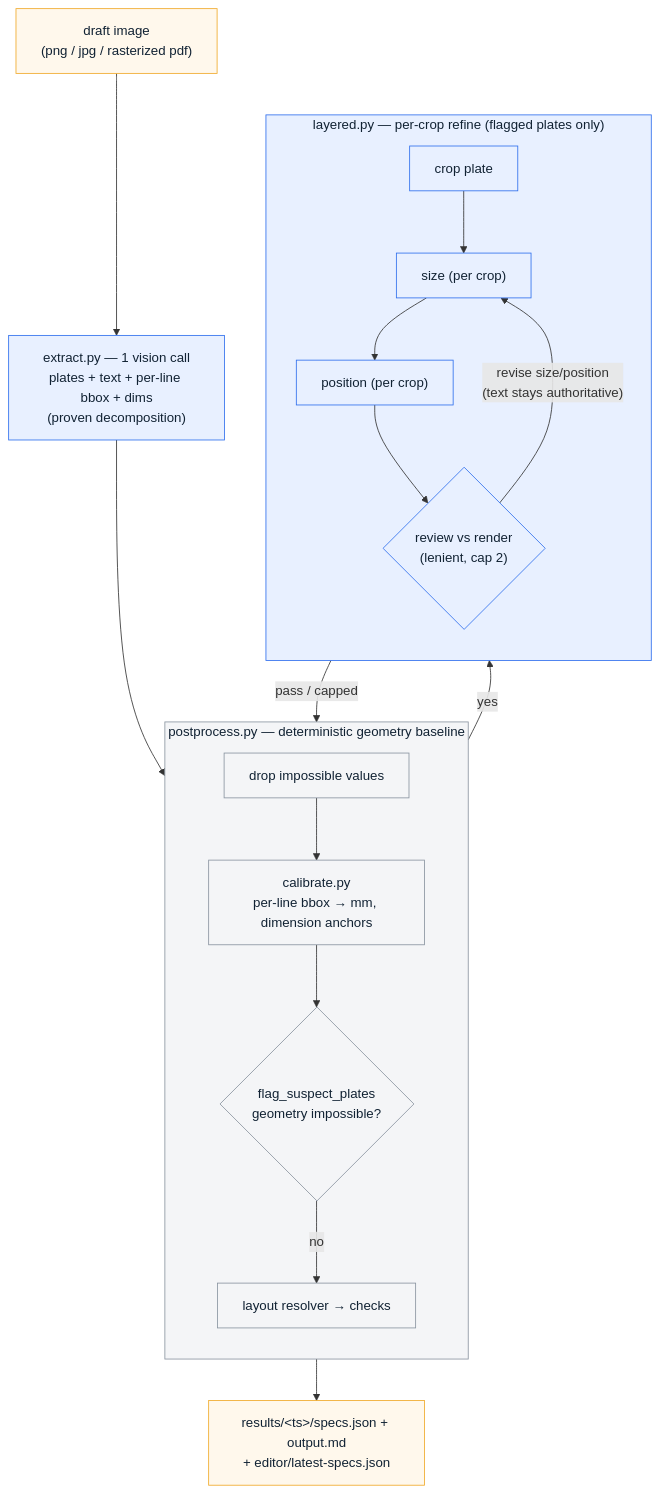
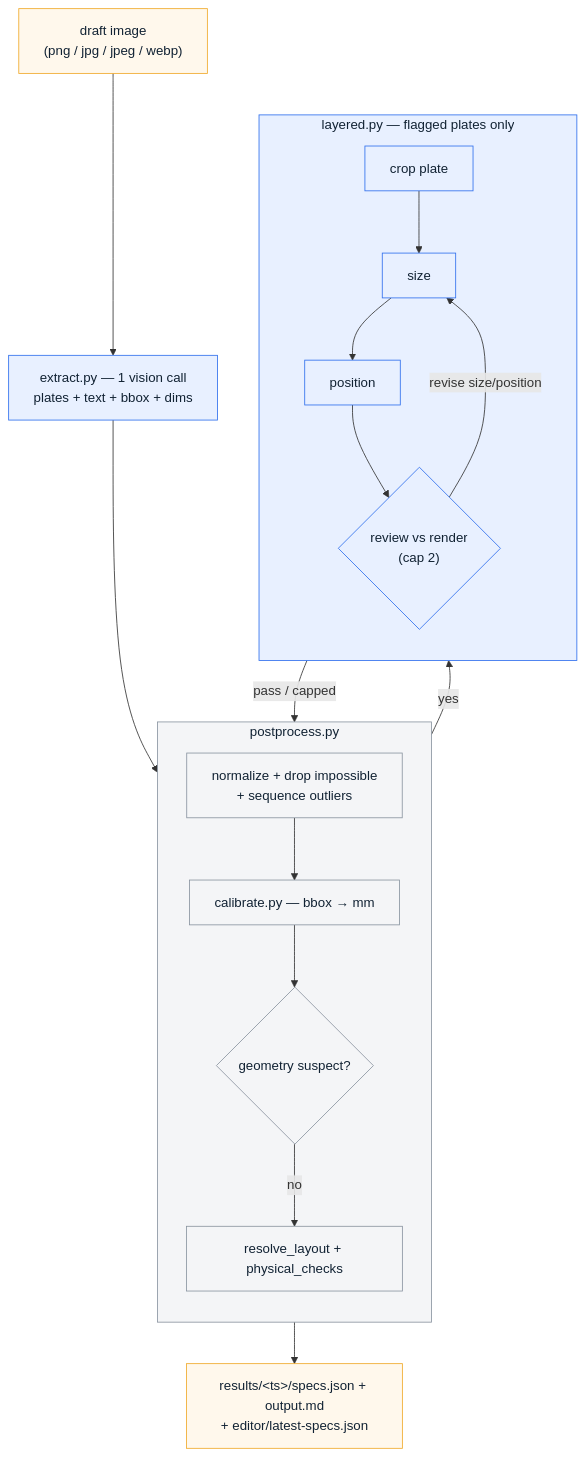
Before and after one commit to mhdrezky/label-spec-generator: the diagram in README.md, drawn with Mermaid. The commit also changed other lines of this file and 7 other files, not shown here.

````diff
--- a/README.md
+++ b/README.md
@@ -18,39 +20,39 @@
 ```mermaid
 flowchart TD
-    IMG["draft image<br/>(png / jpg / rasterized pdf)"]
-    EX["extract.py — 1 vision call<br/>plates + text + per-line bbox + dims<br/>(proven decomposition)"]
+    IMG["draft image<br/>(png / jpg / jpeg / webp)"]
+    EX["extract.py — 1 vision call<br/>plates + text + bbox + dims"]
 
-    subgraph POST["postprocess.py — deterministic geometry baseline"]
+    subgraph POST["postprocess.py"]
         direction TB
-        DROP["drop impossible values"]
-        CAL["calibrate.py<br/>per-line bbox → mm, dimension anchors"]
-        FLAG{"flag_suspect_plates<br/>geometry impossible?"}
-        RES["layout resolver → checks"]
-        DROP --> CAL --> FLAG
+        NORM["normalize + drop impossible<br/>+ sequence outliers"]
+        CAL["calibrate.py — bbox → mm"]
+        FLAG{"geometry suspect?"}
+        RES["resolve_layout + physical_checks"]
+        NORM --> CAL --> FLAG
         FLAG -->|"no"| RES
     end
 
-    subgraph REF["layered.py — per-crop refine (flagged plates only)"]
+    subgraph REF["layered.py — flagged plates only"]
         direction TB
         C["crop plate"]
-        S["size (per crop)"]
-        P["position (per crop)"]
-        R{"review vs render<br/>(lenient, cap 2)"}
+        S["size"]
+        P["position"]
+        R{"review vs render<br/>(cap 2)"}
         C --> S --> P --> R
-        R -->|"revise size/position<br/>(text stays authoritative)"| S
+        R -->|"revise size/position"| S
     end
 
     OUT["results/&lt;ts&gt;/specs.json + output.md<br/>+ editor/latest-specs.json"]
 
-    IMG --> EX --> DROP
+    IMG --> EX --> NORM
     FLAG -->|"yes"| REF
     R -->|"pass / capped"| RES
     RES --> OUT
 
     classDef vis fill:#e8f0ff,stroke:#2f6fed,color:#123;
     classDef det fill:#f4f5f7,stroke:#8a94a0,color:#123;
     classDef io fill:#fff8ec,stroke:#f0a929,color:#123;
     class EX,REF,C,S,P,R vis;
-    class POST,DROP,CAL,FLAG,RES det;
+    class POST,NORM,CAL,FLAG,RES det;
     class IMG,OUT io;
 ```
````
